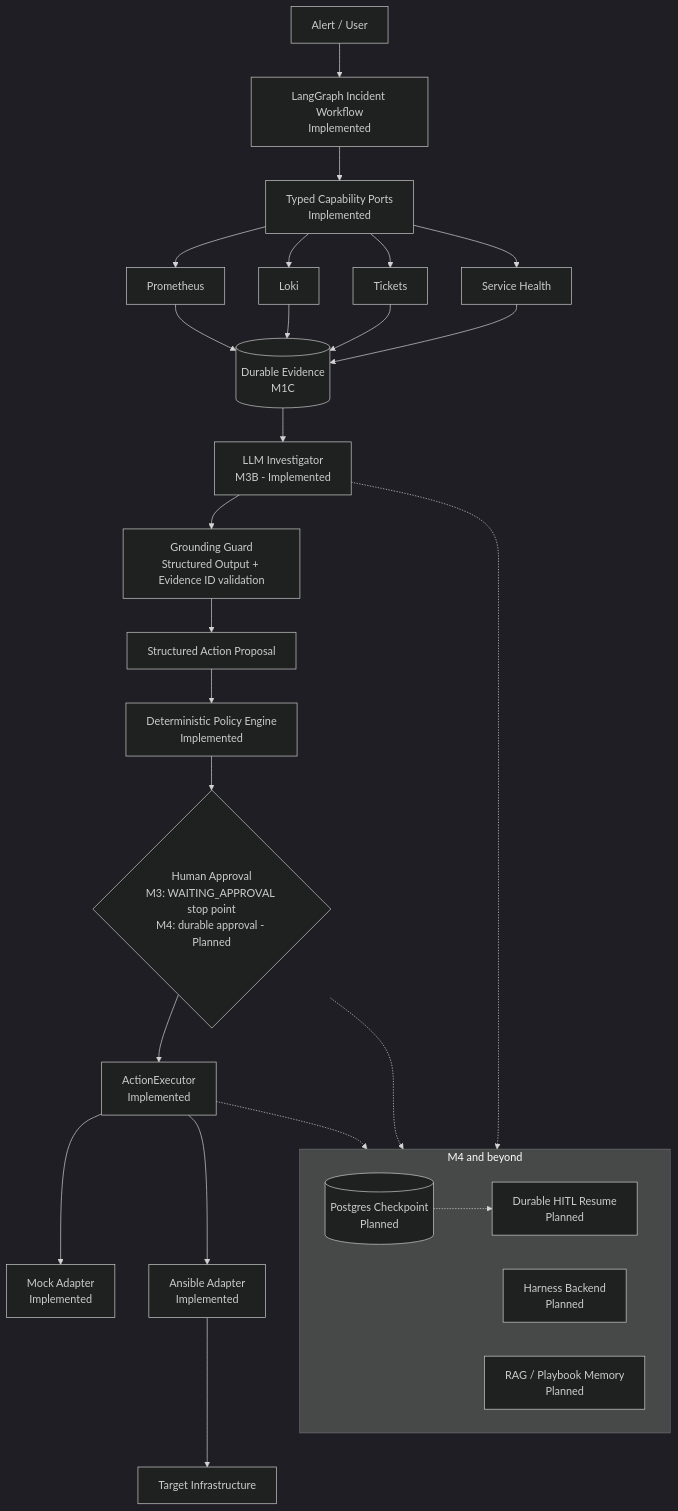
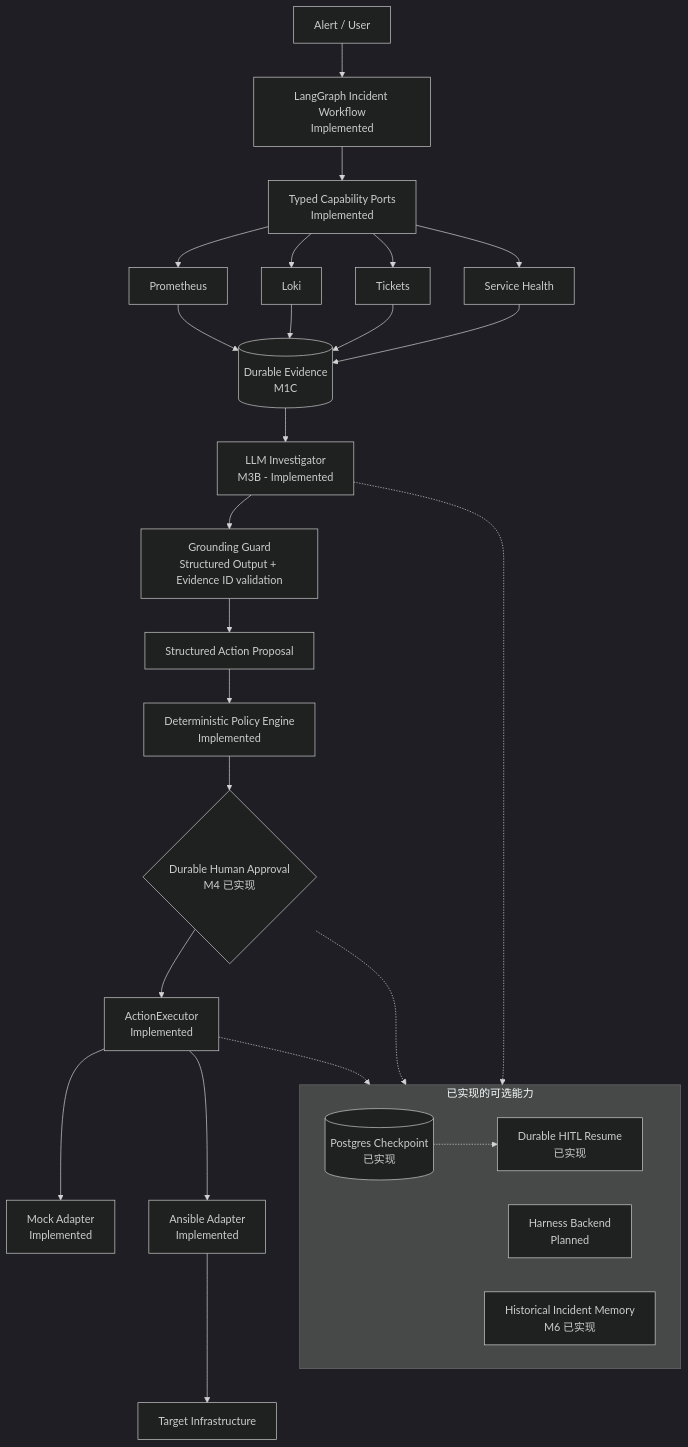
The second of 2 diagrams in README.zh-CN.md (soren-max/OpsPilot), drawn with Mermaid (dark theme) before and after one commit. The commit also changed other lines of this file and 12 other files, not shown here.

````diff
--- a/README.zh-CN.md
+++ b/README.zh-CN.md
@@ -51,33 +66,33 @@
 ```mermaid
 flowchart TD
   Alert[Alert / User] --> Workflow[LangGraph Incident Workflow<br/>Implemented]
   Workflow --> Caps[Typed Capability Ports<br/>Implemented]
   Caps --> Prom[Prometheus]
   Caps --> Loki[Loki]
   Caps --> Tick[Tickets]
   Caps --> Health[Service Health]
   Prom --> Evidence[(Durable Evidence<br/>M1C)]
   Loki --> Evidence
   Tick --> Evidence
   Health --> Evidence
   Evidence --> Investigator[LLM Investigator<br/>M3B - Implemented]
   Investigator --> Guard[Grounding Guard<br/>Structured Output + Evidence ID validation]
   Guard --> Action[Structured Action Proposal]
   Action --> Policy[Deterministic Policy Engine<br/>Implemented]
-  Policy --> Approval{Human Approval<br/>M3: WAITING_APPROVAL stop point<br/>M4: durable approval - Planned}
+  Policy --> Approval{Durable Human Approval<br/>M4 已实现}
   Approval --> Executor[ActionExecutor<br/>Implemented]
   Executor --> Mock[Mock Adapter<br/>Implemented]
   Executor --> Ansible[Ansible Adapter<br/>Implemented]
   Ansible --> Infra[Target Infrastructure]
-  subgraph Planned[M4 and beyond]
+  subgraph Advanced[已实现的可选能力]
     direction LR
-    Postgres[(Postgres Checkpoint<br/>Planned)]
-    HITL[Durable HITL Resume<br/>Planned]
+    Postgres[(Postgres Checkpoint<br/>已实现)]
+    HITL[Durable HITL Resume<br/>已实现]
     Harness[Harness Backend<br/>Planned]
-    RAG[RAG / Playbook Memory<br/>Planned]
+    RAG[Historical Incident Memory<br/>M6 已实现]
   end
   Approval -.-> Postgres
   Postgres -.-> HITL
   Executor -.-> Harness
   Investigator -.-> RAG
 ```
````
